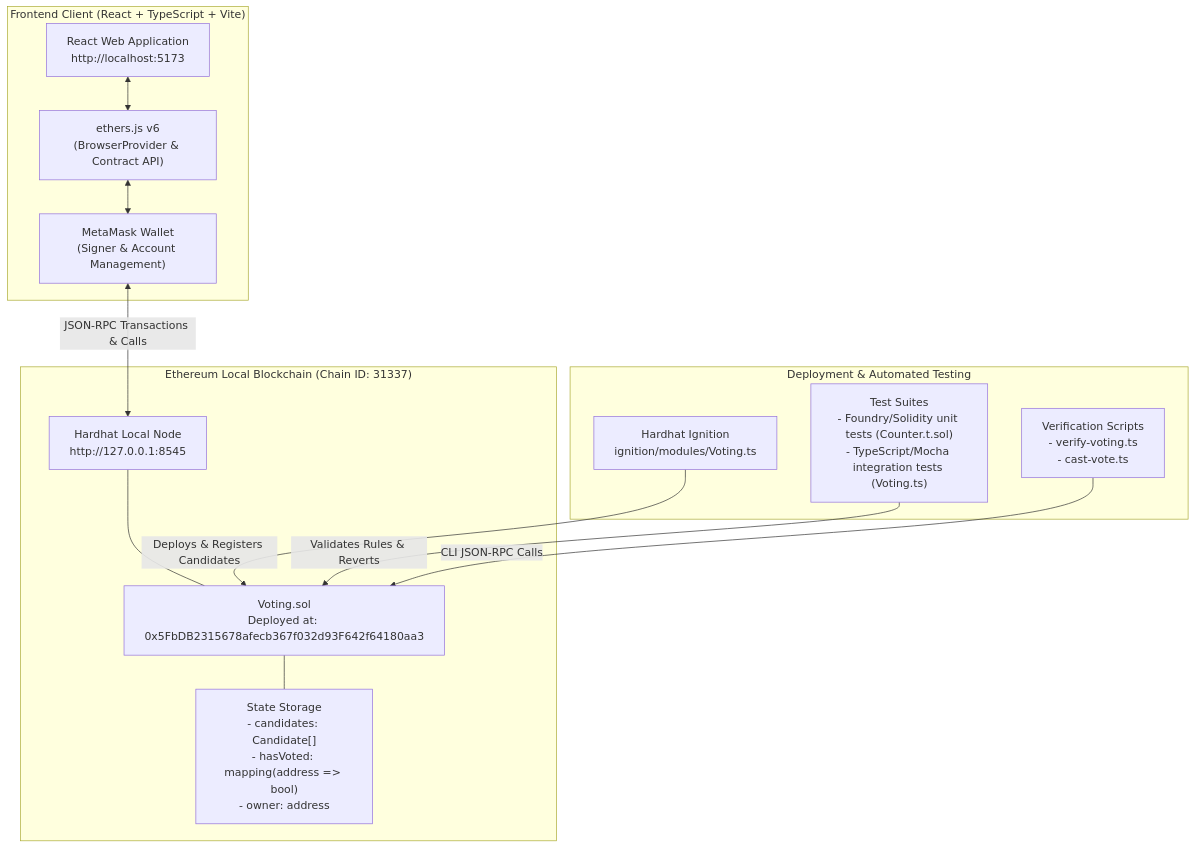
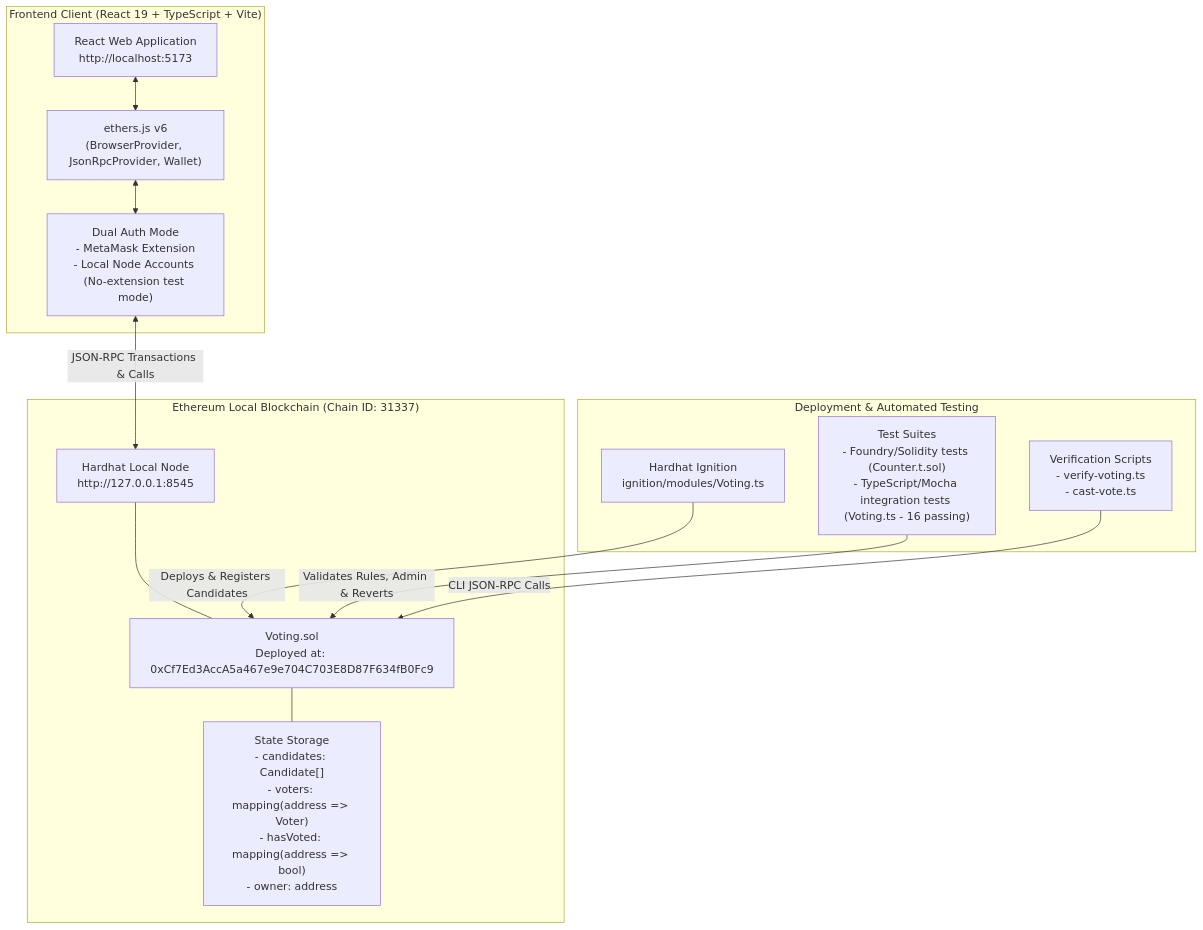
Before and after one commit to mahdi-014/Ethereum-Voting-DApp: the diagram in README.md, drawn with Mermaid. The commit also changed other lines of this file and 11 other files, not shown here.

Commit message:
feat(admin): implement full candidate CRUD, voter registry CRUD, and system reset

````diff
--- a/README.md
+++ b/README.md
@@ -16,29 +16,29 @@
 ```mermaid
 flowchart TD
     subgraph Blockchain_Layer["Ethereum Local Blockchain (Chain ID: 31337)"]
         Node["Hardhat Local Node\nhttp://127.0.0.1:8545"]
-        Contract["Voting.sol\nDeployed at: 0x5FbDB2315678afecb367f032d93F642f64180aa3"]
-        State["State Storage\n- candidates: Candidate[]\n- hasVoted: mapping(address => bool)\n- owner: address"]
+        Contract["Voting.sol\nDeployed at: 0xCf7Ed3AccA5a467e9e704C703E8D87F634fB0Fc9"]
+        State["State Storage\n- candidates: Candidate[]\n- voters: mapping(address => Voter)\n- hasVoted: mapping(address => bool)\n- owner: address"]
         Node --- Contract
         Contract --- State
     end
 
     subgraph Tooling_Layer["Deployment & Automated Testing"]
         Ignition["Hardhat Ignition\nignition/modules/Voting.ts"]
-        Tests["Test Suites\n- Foundry/Solidity unit tests (Counter.t.sol)\n- TypeScript/Mocha integration tests (Voting.ts)"]
+        Tests["Test Suites\n- Foundry/Solidity tests (Counter.t.sol)\n- TypeScript/Mocha integration tests (Voting.ts - 16 passing)"]
         Scripts["Verification Scripts\n- verify-voting.ts\n- cast-vote.ts"]
         Ignition -->|Deploys & Registers Candidates| Contract
-        Tests -->|Validates Rules & Reverts| Contract
+        Tests -->|Validates Rules, Admin & Reverts| Contract
         Scripts -->|CLI JSON-RPC Calls| Contract
     end
 
-    subgraph Client_Layer["Frontend Client (React + TypeScript + Vite)"]
+    subgraph Client_Layer["Frontend Client (React 19 + TypeScript + Vite)"]
         UI["React Web Application\nhttp://localhost:5173"]
-        Ethers["ethers.js v6\n(BrowserProvider & Contract API)"]
-        MetaMask["MetaMask Wallet\n(Signer & Account Management)"]
+        Ethers["ethers.js v6\n(BrowserProvider, JsonRpcProvider, Wallet)"]
+        AuthMode["Dual Auth Mode\n- MetaMask Extension\n- Local Node Accounts (No-extension test mode)"]
         UI <--> Ethers
-        Ethers <--> MetaMask
+        Ethers <--> AuthMode
     end
 
-    MetaMask <-->|JSON-RPC Transactions & Calls| Node
+    AuthMode <-->|JSON-RPC Transactions & Calls| Node
 ```
````
